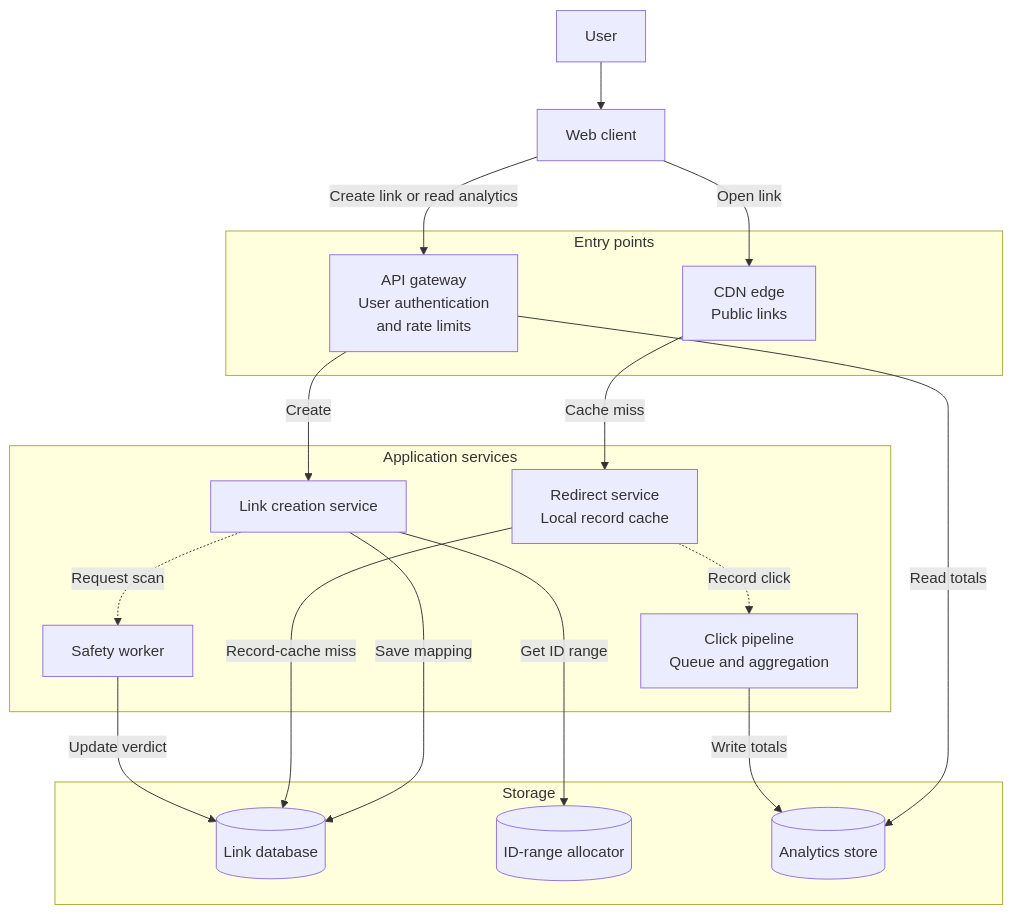
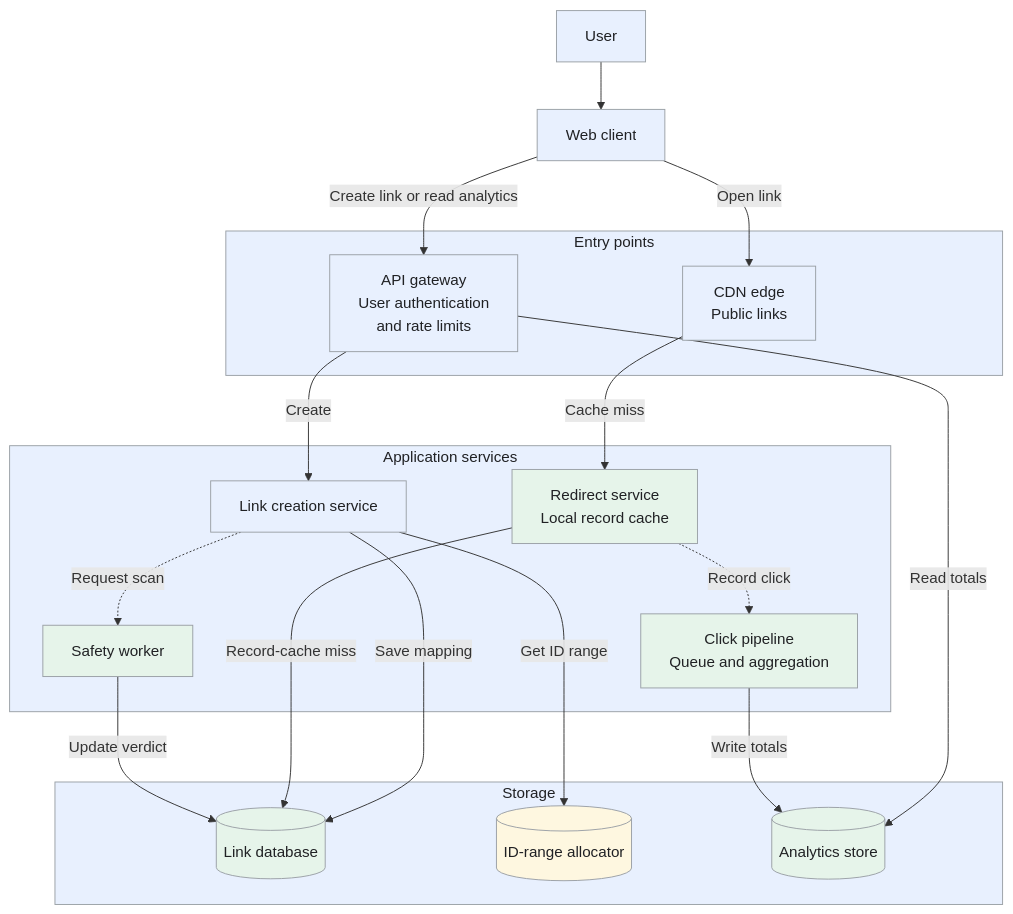
Before and after one commit to iliazlobin/iliazlobin.github.io: the first of 6 diagrams in _designs/system-design-bitly-url-shortener.md, drawn with Mermaid. The commit also changed other lines of this file and 20 other files, not shown here.

Commit message:
Improve design flows, tradeoffs, and technology references

````diff
--- a/_designs/system-design-bitly-url-shortener.md
+++ b/_designs/system-design-bitly-url-shortener.md
@@ -169,31 +169,40 @@
 ```mermaid
 flowchart TB
     User["User"] --> Web["Web client"]
     subgraph Entry["Entry points"]
         CDN["CDN edge<br>Public links"]
         API["API gateway<br>User authentication<br>and rate limits"]
     end
     subgraph Services["Application services"]
         Shorten["Link creation service"]
         Redirect["Redirect service<br>Local record cache"]
         Safety["Safety worker"]
         Clicks["Click pipeline<br>Queue and aggregation"]
     end
     subgraph Data["Storage"]
         Links[("Link database")]
         Allocator[("ID-range allocator")]
         Rollups[("Analytics store")]
     end
     Web -->|Open link| CDN
     Web -->|Create link or read analytics| API
     CDN -->|Cache miss| Redirect
     API -->|Create| Shorten
     API -->|Read totals| Rollups
     Shorten -->|Get ID range| Allocator
     Shorten -->|Save mapping| Links
     Shorten -.->|Request scan| Safety
     Redirect -->|Record-cache miss| Links
     Redirect -.->|Record click| Clicks
     Clicks -->|Write totals| Rollups
     Safety -->|Update verdict| Links
+  classDef request fill:#e8f0fe,stroke:#9aa0a6,color:#202124,stroke-width:1px
+  classDef background fill:#e6f4ea,stroke:#9aa0a6,color:#202124,stroke-width:1px
+  classDef control fill:#fef7e0,stroke:#9aa0a6,color:#202124,stroke-width:1px
+  class User,Web,CDN,API,Shorten request
+  class Redirect,Safety,Clicks,Links,Rollups background
+  class Allocator control
+  style Entry fill:#e8f0fe,stroke:#9aa0a6,color:#202124,stroke-width:1px
+  style Services fill:#e8f0fe,stroke:#9aa0a6,color:#202124,stroke-width:1px
+  style Data fill:#e8f0fe,stroke:#9aa0a6,color:#202124,stroke-width:1px
 ```
````
